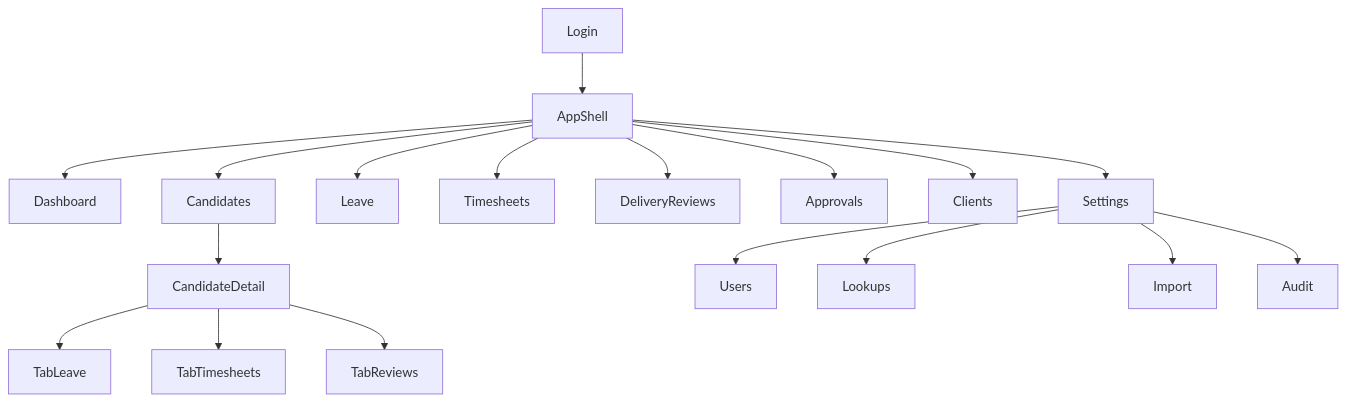
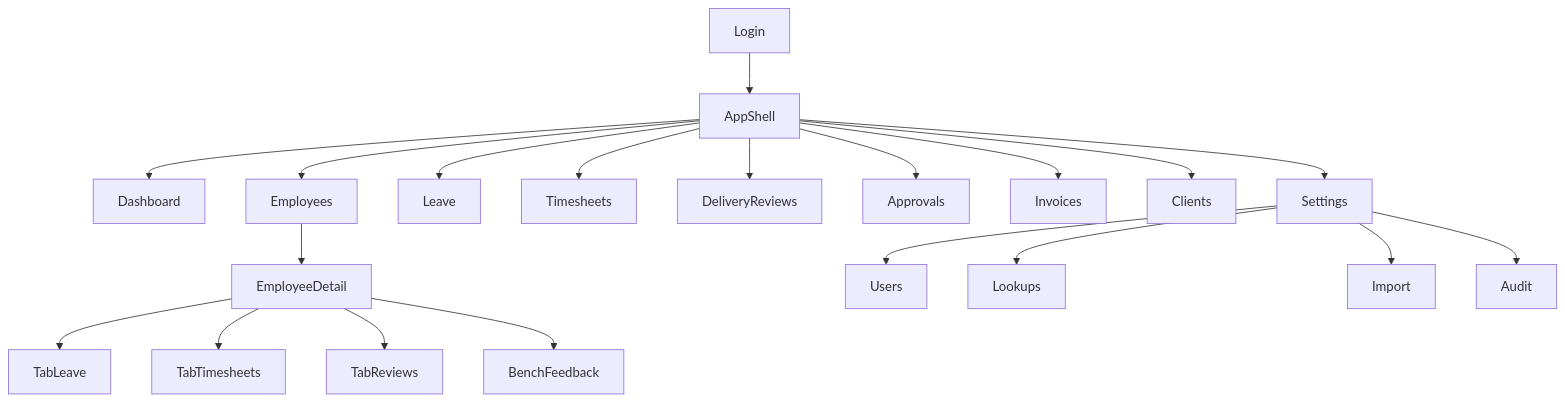
The diagram in docs/05-ux/INFORMATION_ARCHITECTURE.md (harshbrickred-ctrl/CDT_v1.0.0), drawn with Mermaid before and after one commit. The commit also changed other lines of this file and 20 other files, not shown here.

````diff
--- a/docs/05-ux/INFORMATION_ARCHITECTURE.md
+++ b/docs/05-ux/INFORMATION_ARCHITECTURE.md
@@ -27,20 +26,22 @@
 ```mermaid
 flowchart TB
   Login --> AppShell
   AppShell --> Dashboard
-  AppShell --> Candidates
+  AppShell --> Employees
   AppShell --> Leave
   AppShell --> Timesheets
   AppShell --> DeliveryReviews
   AppShell --> Approvals
+  AppShell --> Invoices
   AppShell --> Clients
   AppShell --> Settings
-  Candidates --> CandidateDetail
-  CandidateDetail --> TabLeave
-  CandidateDetail --> TabTimesheets
-  CandidateDetail --> TabReviews
+  Employees --> EmployeeDetail
+  EmployeeDetail --> TabLeave
+  EmployeeDetail --> TabTimesheets
+  EmployeeDetail --> TabReviews
+  EmployeeDetail --> BenchFeedback
   Settings --> Users
   Settings --> Lookups
   Settings --> Import
   Settings --> Audit
 ```
````
